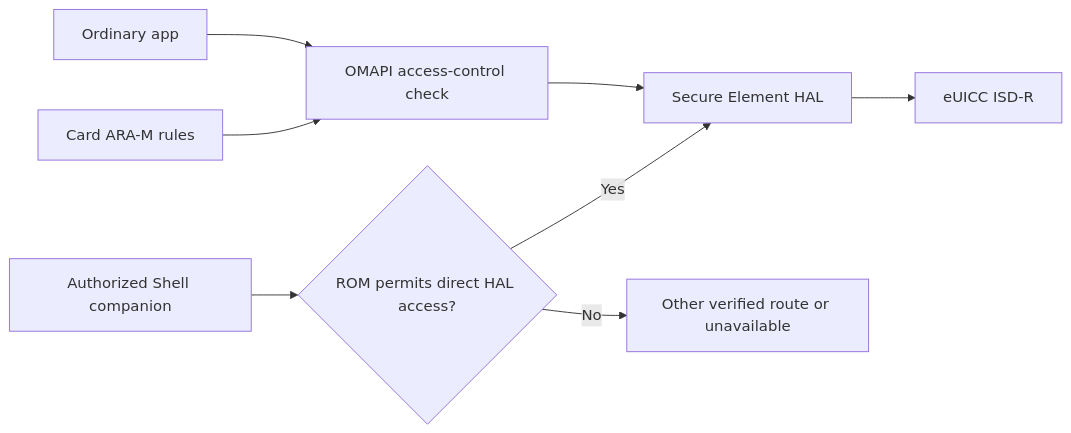
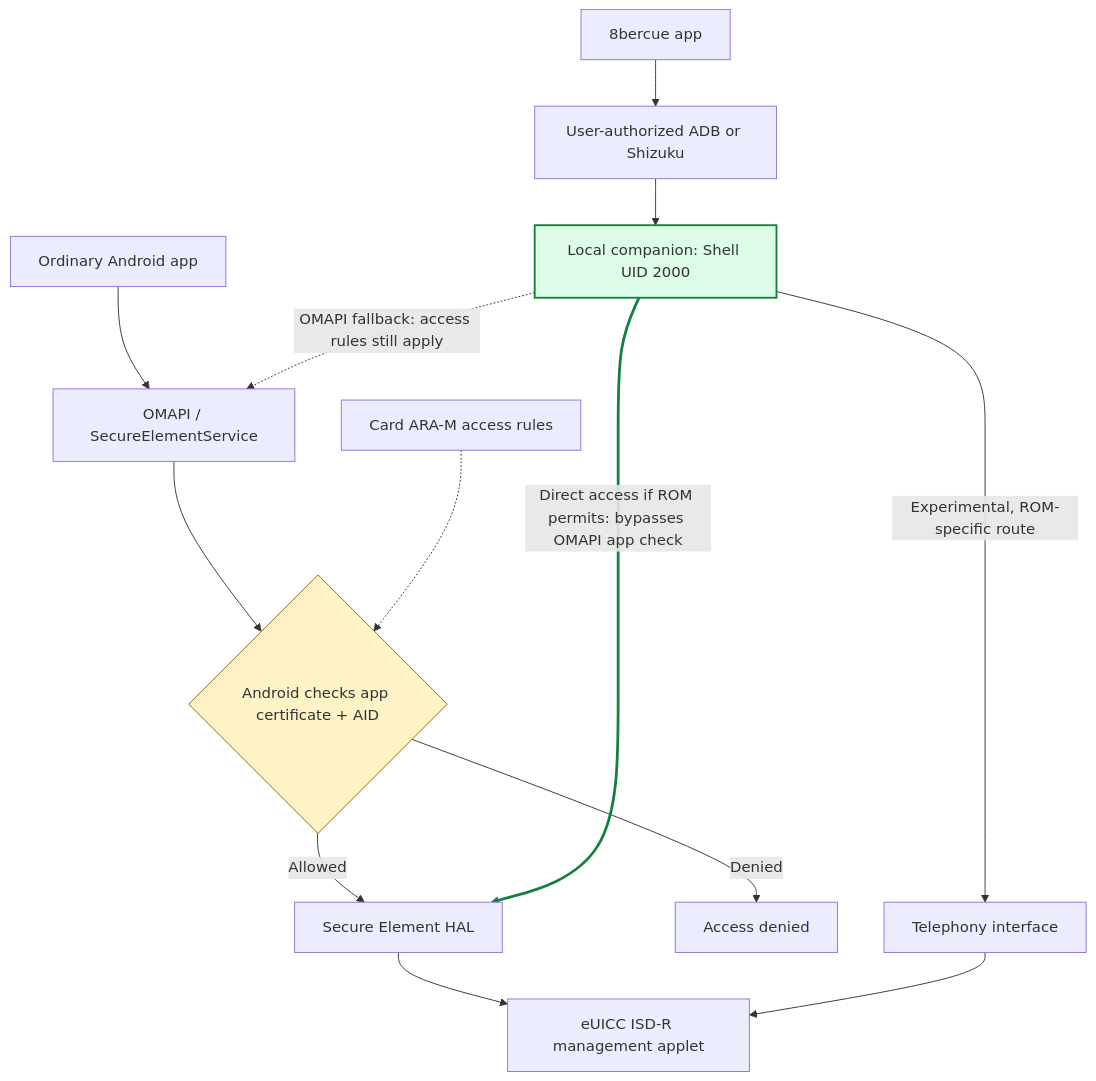
One commit to sidnvy/8bercue changed the second of 2 diagrams in docs/ARCHITECTURE.md. Above: the diagram before and after it, drawn with Mermaid. The commit also changed other lines of this file and 4 other files, not shown here.

Commit message:
docs: show where Shell bypasses OMAPI app checks (#32)

````diff
--- a/docs/ARCHITECTURE.md
+++ b/docs/ARCHITECTURE.md
@@ -68,10 +74,18 @@
 ```mermaid
-flowchart LR
-    App[Ordinary app] --> OMAPI[OMAPI access-control check]
-    Rules[Card ARA-M rules] --> OMAPI
-    OMAPI --> HAL[Secure Element HAL]
-    Shell[Authorized Shell companion] --> Allowed{ROM permits direct HAL access?}
-    Allowed -->|Yes| HAL
-    Allowed -->|No| Other[Other verified route or unavailable]
-    HAL --> Card[eUICC ISD-R]
+flowchart TB
+    Normal["Ordinary Android app"] --> OMAPI["OMAPI / SecureElementService"]
+    OMAPI --> Check{"Android checks app certificate + AID"}
+    Rules["Card ARA-M access rules"] -.-> Check
+    Check -->|"Allowed"| HAL["Secure Element HAL"]
+    Check -->|"Denied"| Denied["Access denied"]
+    App["8bercue app"] --> Auth["User-authorized ADB or Shizuku"]
+    Auth --> Shell["Local companion: Shell UID 2000"]
+    Shell -->|"Direct access if ROM permits: bypasses OMAPI app check"| HAL
+    Shell -->|"Experimental, ROM-specific route"| Phone["Telephony interface"]
+    Shell -.->|"OMAPI fallback: access rules still apply"| OMAPI
+    HAL --> Card["eUICC ISD-R management applet"]
+    Phone --> Card
+    style Shell fill:#dcfce7,stroke:#15803d,stroke-width:2px
+    style Check fill:#fef3c7,stroke:#b45309
+    linkStyle 7 stroke:#15803d,stroke-width:3px
 ```
````
